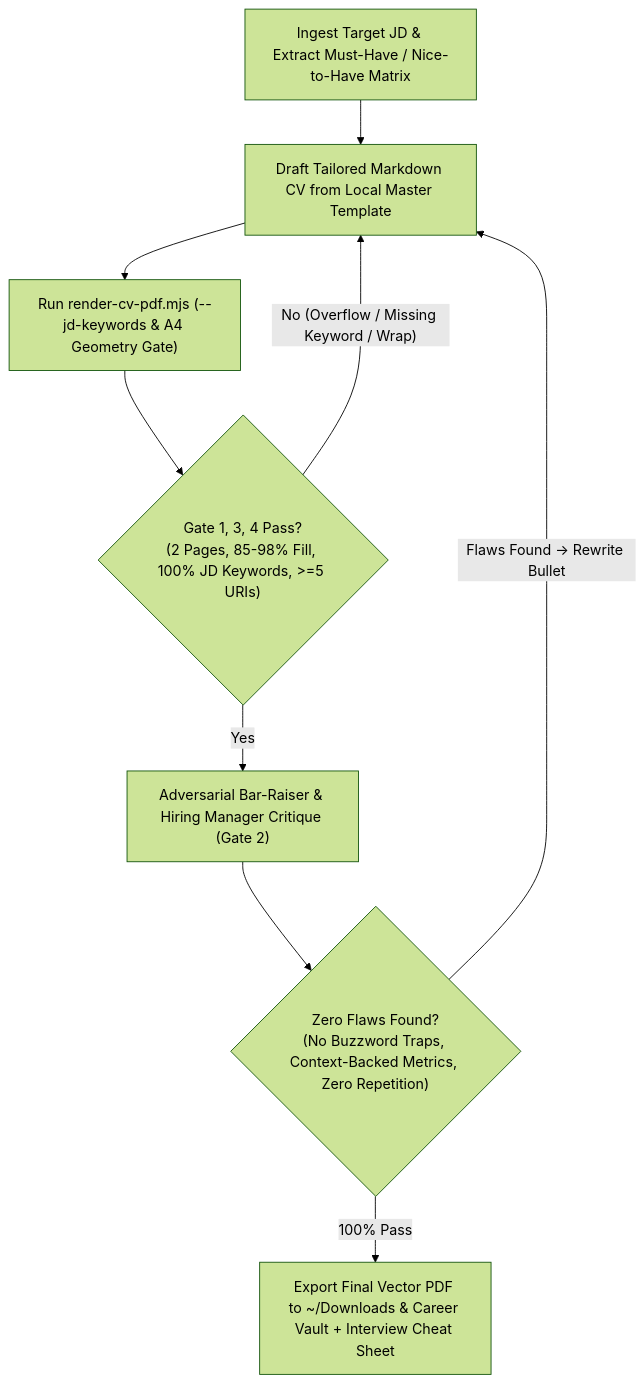
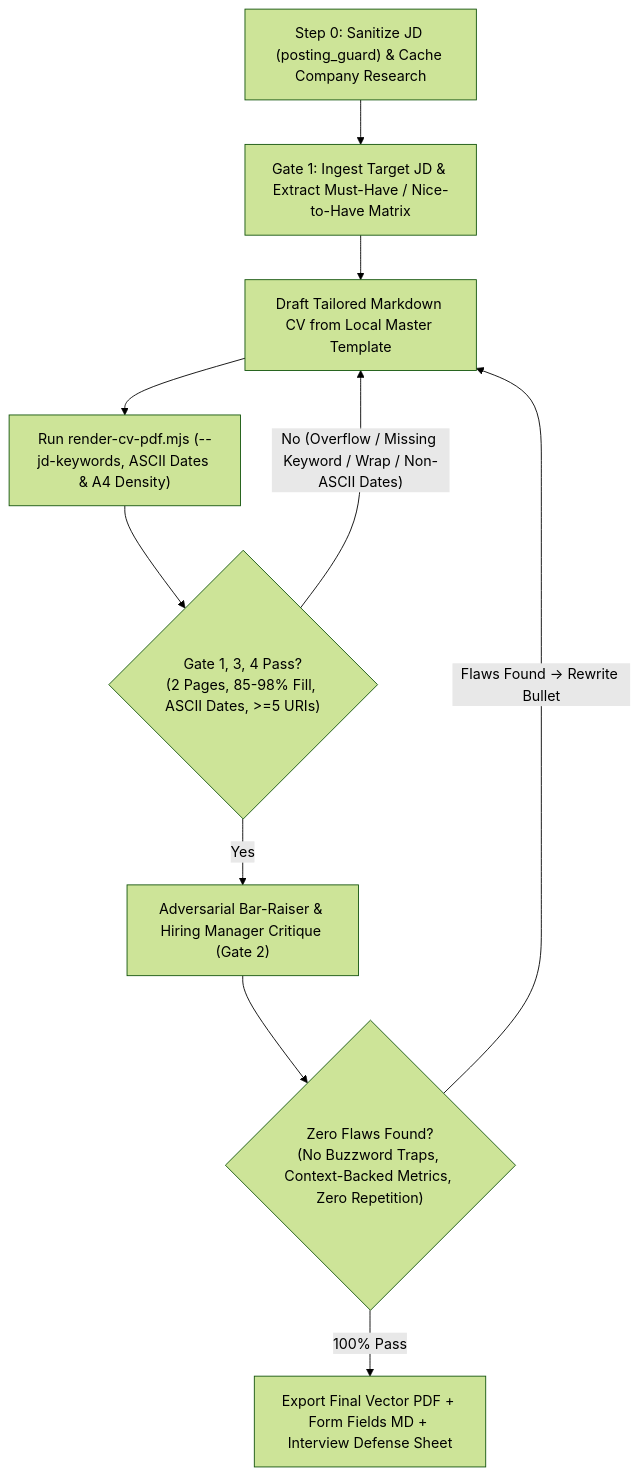
Before and after one commit to khanhduong22/agent-harness-kit: the diagram in skills/tailor-cv-to-jd/SKILL.md, drawn with Mermaid (forest theme). The commit also changed other lines of this file and 3 other files, not shown here.

````diff
--- a/skills/tailor-cv-to-jd/SKILL.md
+++ b/skills/tailor-cv-to-jd/SKILL.md
@@ -49,11 +49,12 @@
 ```mermaid
 flowchart TD
-    A["Ingest Target JD & Extract Must-Have / Nice-to-Have Matrix"] --> B["Draft Tailored Markdown CV from Local Master Template"]
-    B --> C["Run render-cv-pdf.mjs (--jd-keywords & A4 Geometry Gate)"]
-    C --> D{"Gate 1, 3, 4 Pass?<br/>(2 Pages, 85-98% Fill, 100% JD Keywords, >=5 URIs)"}
-    D -- "No (Overflow / Missing Keyword / Wrap)" --> B
+    A0["Step 0: Sanitize JD (posting_guard) & Cache Company Research"] --> A["Gate 1: Ingest Target JD & Extract Must-Have / Nice-to-Have Matrix"]
+    A --> B["Draft Tailored Markdown CV from Local Master Template"]
+    B --> C["Run render-cv-pdf.mjs (--jd-keywords, ASCII Dates & A4 Density)"]
+    C --> D{"Gate 1, 3, 4 Pass?<br/>(2 Pages, 85-98% Fill, ASCII Dates, >=5 URIs)"}
+    D -- "No (Overflow / Missing Keyword / Wrap / Non-ASCII Dates)" --> B
     D -- "Yes" --> E["Adversarial Bar-Raiser & Hiring Manager Critique (Gate 2)"]
     E --> F{"Zero Flaws Found?<br/>(No Buzzword Traps, Context-Backed Metrics, Zero Repetition)"}
     F -- "Flaws Found -> Rewrite Bullet" --> B
-    F -- "100% Pass" --> G["Export Final Vector PDF to ~/Downloads & Career Vault + Interview Cheat Sheet"]
+    F -- "100% Pass" --> G["Export Final Vector PDF + Form Fields MD + Interview Defense Sheet"]
 ```
````
